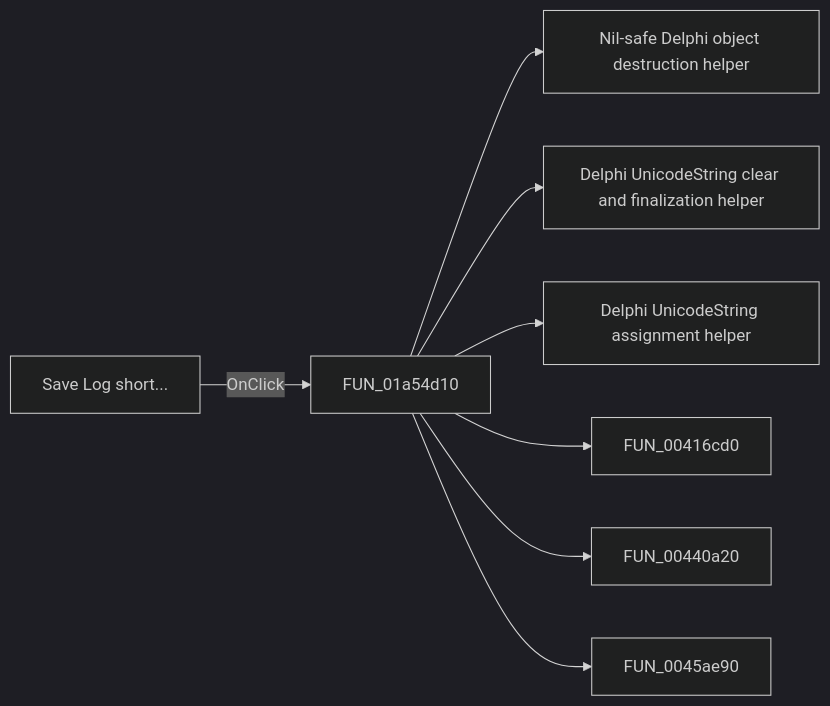
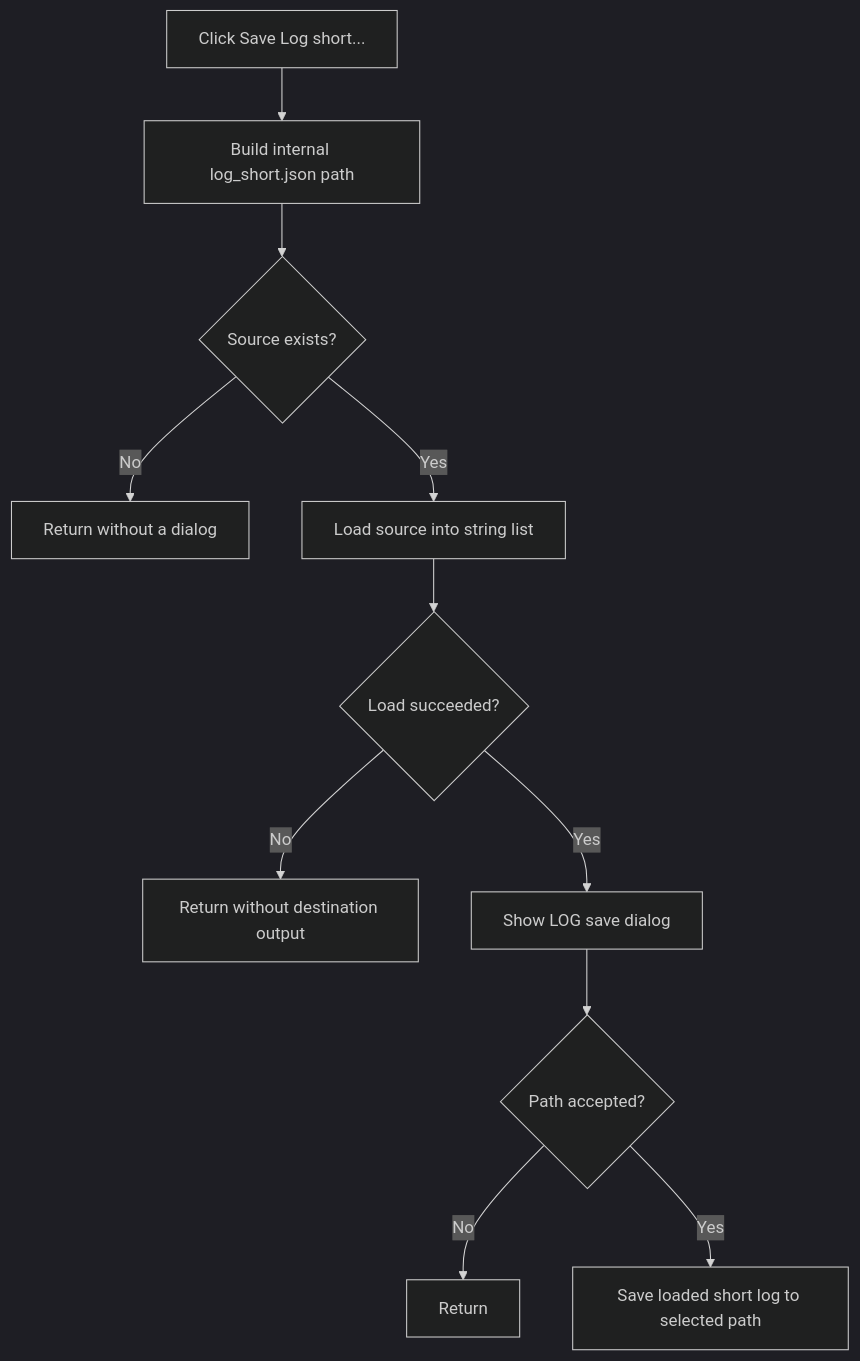
One commit to MovGP0/TIARA changed the diagram in docs/ui-controls/localllmform/mnsavelogshort-ddd2375777.md. Above: the diagram before and after it, drawn with Mermaid (dark theme). The commit also changed other lines of this file and 1062 other files, not shown here.

````diff
--- a/docs/ui-controls/localllmform/mnsavelogshort-ddd2375777.md
+++ b/docs/ui-controls/localllmform/mnsavelogshort-ddd2375777.md
@@ -27,10 +29,13 @@
 ```mermaid
-flowchart LR
-    control["Save Log short..."] -->|OnClick| handler["FUN_01a54d10"]
-    handler --> call1["Nil-safe Delphi object destruction helper"]
-    handler --> call2["Delphi UnicodeString clear and finalization helper"]
-    handler --> call3["Delphi UnicodeString assignment helper"]
-    handler --> call4["FUN_00416cd0"]
-    handler --> call5["FUN_00440a20"]
-    handler --> call6["FUN_0045ae90"]
+flowchart TD
+    control["Click Save Log short..."] --> path["Build internal log_short.json path"]
+    path --> exists{"Source exists?"}
+    exists -->|No| noop["Return without a dialog"]
+    exists -->|Yes| load["Load source into string list"]
+    load --> loaded{"Load succeeded?"}
+    loaded -->|No| stop["Return without destination output"]
+    loaded -->|Yes| dialog["Show LOG save dialog"]
+    dialog --> accepted{"Path accepted?"}
+    accepted -->|No| cancel["Return"]
+    accepted -->|Yes| write["Save loaded short log to selected path"]
 ```
````
